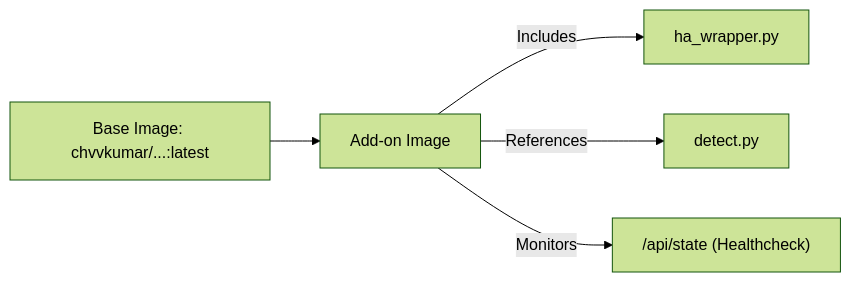
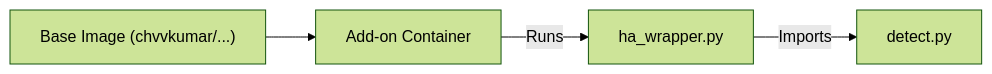
Before and after one commit to DIYAstro-Obs/ha-SimpleCloudDetect: the second of 3 diagrams in ha_addon/architecture.md, drawn with Mermaid (forest theme). The commit also changed other lines of this file, not shown here.

First line of the commit message:
docs(ha-addon): align architecture.md with the add-on

````diff
--- a/ha_addon/architecture.md
+++ b/ha_addon/architecture.md
@@ -34,7 +43,6 @@
 ```mermaid
 graph LR
-    Base["Base Image: chvvkumar/...:latest"] --> Addon["Add-on Image"]
-    Addon -- Includes --> Wrapper["ha_wrapper.py"]
-    Addon -- References --> Core["detect.py"]
-    Addon -- Monitors --> Health["/api/state (Healthcheck)"]
+    Base["Base Image (chvvkumar/...)"] --> Addon["Add-on Container"]
+    Addon -- Runs --> Wrapper["ha_wrapper.py"]
+    Wrapper -- Imports --> Engine["detect.py"]
 ```
````
